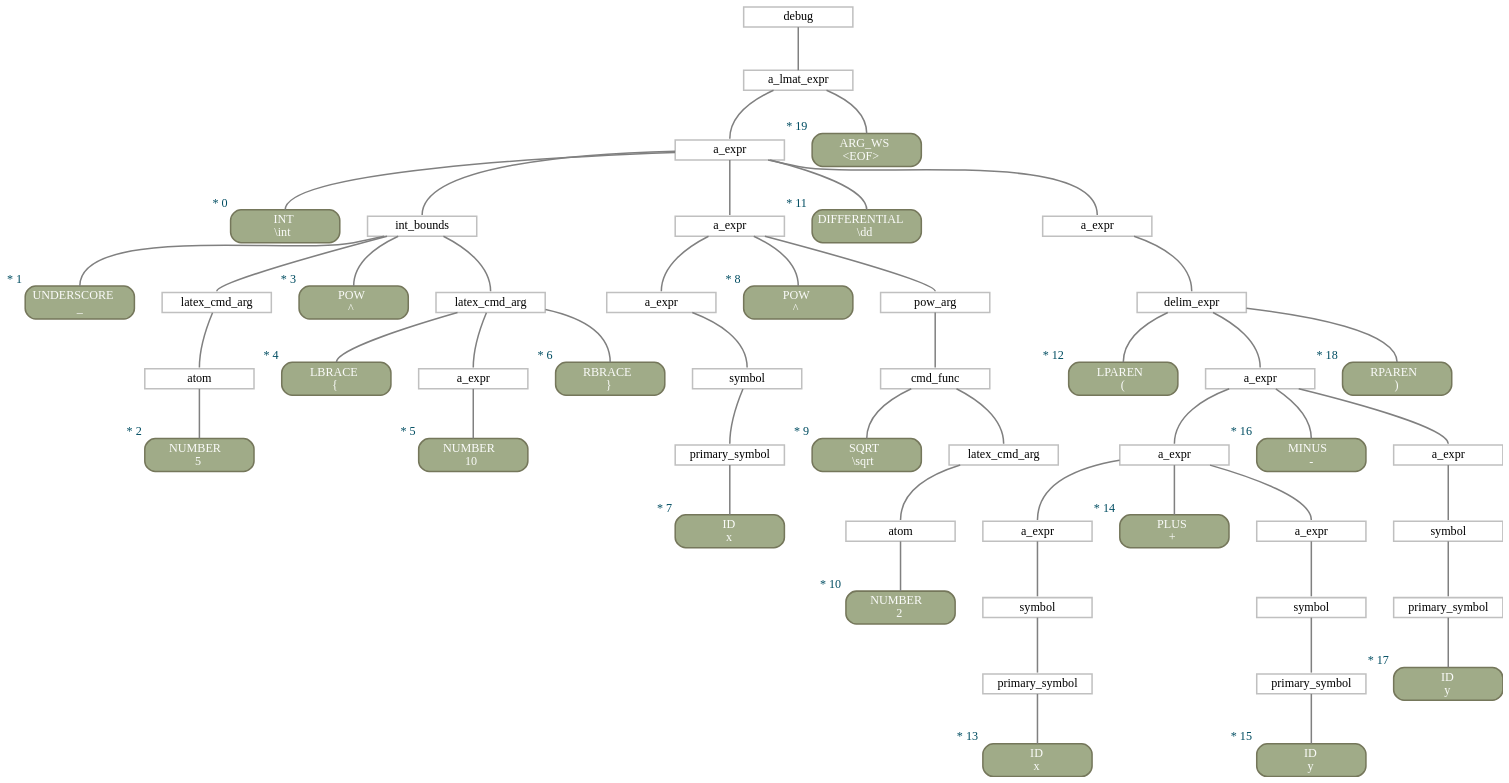
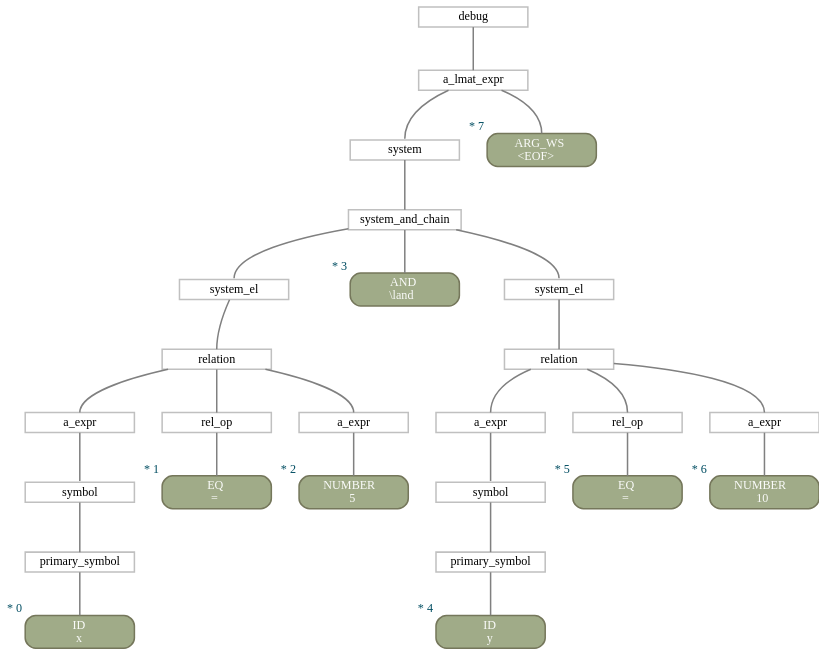
Before and after one commit to zarstensen/obsidian-latex-math: the diagram in lmat-cas-client/out.dot, drawn with Graphviz. The commit also changed 36 other files, not shown here.

```diff
--- a/lmat-cas-client/out.dot
+++ b/lmat-cas-client/out.dot
@@ -1,115 +1,69 @@
 digraph "Parse Tree" {
 rankdir=TB;
 splines=true;
 nodesep=0.45;
 ranksep=0.7;
 pad=0.0;
 ordering=out;
 subgraph {
 node [shape=box, margin="0,0.05", height=0, width=1.75, style=filled, fillcolor="#FFFFFF", color="#C0C0C0", penwidth=1.75];
-3 [label=atom];
-4 [label="latex_cmd_arg"];
-8 [label="a_expr"];
-10 [label="latex_cmd_arg"];
-11 [label="int_bounds"];
-13 [label="primary_symbol"];
-14 [label=symbol];
-15 [label="a_expr"];
-19 [label=atom];
-20 [label="latex_cmd_arg"];
-21 [label="cmd_func"];
-22 [label="pow_arg"];
-23 [label="a_expr"];
-27 [label="primary_symbol"];
-28 [label=symbol];
-29 [label="a_expr"];
-32 [label="primary_symbol"];
-33 [label=symbol];
-34 [label="a_expr"];
-35 [label="a_expr"];
-38 [label="primary_symbol"];
-39 [label=symbol];
-40 [label="a_expr"];
-41 [label="a_expr"];
-43 [label="delim_expr"];
-44 [label="a_expr"];
-45 [label="a_expr"];
-47 [label="a_lmat_expr"];
-48 [label=debug];
+1 [label="primary_symbol"];
+2 [label=symbol];
+3 [label="a_expr"];
+5 [label="rel_op"];
+7 [label="a_expr"];
+8 [label=relation];
+9 [label="system_el"];
+12 [label="primary_symbol"];
+13 [label=symbol];
+14 [label="a_expr"];
+16 [label="rel_op"];
+18 [label="a_expr"];
+19 [label=relation];
+20 [label="system_el"];
+21 [label="system_and_chain"];
+22 [label=system];
+24 [label="a_lmat_expr"];
+25 [label=debug];
 }
 subgraph {
 node [shape=box, margin="0,0.05", height=0, width=1.75, style="filled,rounded", fillcolor="#A0AB88", color="#75775B", penwidth=1.75, fontcolor="#FAFBF9"];
-0 [label=<INT<br/><font fontname="monospace">\int</font>>, xlabel=<<font color="#004D62">* 0</font>>];
-1 [label=<UNDERSCORE<br/><font fontname="monospace">_</font>>, xlabel=<<font color="#004D62">* 1</font>>];
-2 [label=<NUMBER<br/><font fontname="monospace">5</font>>, xlabel=<<font color="#004D62">* 2</font>>];
-5 [label=<POW<br/><font fontname="monospace">^</font>>, xlabel=<<font color="#004D62">* 3</font>>];
-6 [label=<LBRACE<br/><font fontname="monospace">{</font>>, xlabel=<<font color="#004D62">* 4</font>>];
-7 [label=<NUMBER<br/><font fontname="monospace">10</font>>, xlabel=<<font color="#004D62">* 5</font>>];
-9 [label=<RBRACE<br/><font fontname="monospace">}</font>>, xlabel=<<font color="#004D62">* 6</font>>];
-12 [label=<ID<br/><font fontname="monospace">x</font>>, xlabel=<<font color="#004D62">* 7</font>>];
-16 [label=<POW<br/><font fontname="monospace">^</font>>, xlabel=<<font color="#004D62">* 8</font>>];
-17 [label=<SQRT<br/><font fontname="monospace">\sqrt</font>>, xlabel=<<font color="#004D62">* 9</font>>];
-18 [label=<NUMBER<br/><font fontname="monospace">2</font>>, xlabel=<<font color="#004D62">* 10</font>>];
-24 [label=<DIFFERENTIAL<br/><font fontname="monospace">\dd</font>>, xlabel=<<font color="#004D62">* 11</font>>];
-25 [label=<LPAREN<br/><font fontname="monospace">(</font>>, xlabel=<<font color="#004D62">* 12</font>>];
-26 [label=<ID<br/><font fontname="monospace">x</font>>, xlabel=<<font color="#004D62">* 13</font>>];
-30 [label=<PLUS<br/><font fontname="monospace">+</font>>, xlabel=<<font color="#004D62">* 14</font>>];
-31 [label=<ID<br/><font fontname="monospace">y</font>>, xlabel=<<font color="#004D62">* 15</font>>];
-36 [label=<MINUS<br/><font fontname="monospace">-</font>>, xlabel=<<font color="#004D62">* 16</font>>];
-37 [label=<ID<br/><font fontname="monospace">y</font>>, xlabel=<<font color="#004D62">* 17</font>>];
-42 [label=<RPAREN<br/><font fontname="monospace">)</font>>, xlabel=<<font color="#004D62">* 18</font>>];
-46 [label=<ARG_WS<br/><font fontname="monospace">&lt;EOF&gt;</font>>, xlabel=<<font color="#004D62">* 19</font>>];
+0 [label=<ID<br/><font fontname="monospace">x</font>>, xlabel=<<font color="#004D62">* 0</font>>];
+4 [label=<EQ<br/><font fontname="monospace">=</font>>, xlabel=<<font color="#004D62">* 1</font>>];
+6 [label=<NUMBER<br/><font fontname="monospace">5</font>>, xlabel=<<font color="#004D62">* 2</font>>];
+10 [label=<AND<br/><font fontname="monospace">\land</font>>, xlabel=<<font color="#004D62">* 3</font>>];
+11 [label=<ID<br/><font fontname="monospace">y</font>>, xlabel=<<font color="#004D62">* 4</font>>];
+15 [label=<EQ<br/><font fontname="monospace">=</font>>, xlabel=<<font color="#004D62">* 5</font>>];
+17 [label=<NUMBER<br/><font fontname="monospace">10</font>>, xlabel=<<font color="#004D62">* 6</font>>];
+23 [label=<ARG_WS<br/><font fontname="monospace">&lt;EOF&gt;</font>>, xlabel=<<font color="#004D62">* 7</font>>];
 }
 subgraph {
 node [shape=box, margin="0,0.05", height=0, width=1.75, style="filled,rounded", fillcolor="#DD8F7D", color="#BC6A7A", penwidth=1.75, fontcolor="#FAFBF9"];
 }
 edge [arrowhead=none, headport=n, color="#808080", penwidth=1.75];
+1 -> 0;
+2 -> 1;
 3 -> 2;
-4 -> 3;
+5 -> 4;
+7 -> 6;
+8 -> 3;
+8 -> 5;
 8 -> 7;
-10 -> 6;
-10 -> 8;
-10 -> 9;
-11 -> 1;
-11 -> 4;
-11 -> 5;
-11 -> 10;
+9 -> 8;
+12 -> 11;
 13 -> 12;
 14 -> 13;
-15 -> 14;
+16 -> 15;
+18 -> 17;
+19 -> 14;
+19 -> 16;
 19 -> 18;
 20 -> 19;
-21 -> 17;
+21 -> 9;
+21 -> 10;
 21 -> 20;
 22 -> 21;
-23 -> 15;
-23 -> 16;
-23 -> 22;
-27 -> 26;
-28 -> 27;
-29 -> 28;
-32 -> 31;
-33 -> 32;
-34 -> 33;
-35 -> 29;
-35 -> 30;
-35 -> 34;
-38 -> 37;
-39 -> 38;
-40 -> 39;
-41 -> 35;
-41 -> 36;
-41 -> 40;
-43 -> 25;
-43 -> 41;
-43 -> 42;
-44 -> 43;
-45 -> 0;
-45 -> 11;
-45 -> 23;
-45 -> 24;
-45 -> 44;
-47 -> 45;
-47 -> 46;
-48 -> 47;
+24 -> 22;
+24 -> 23;
+25 -> 24;
 }
```
